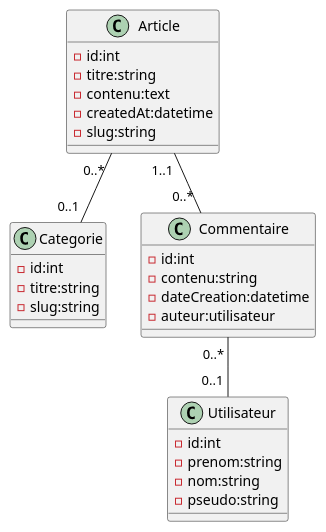
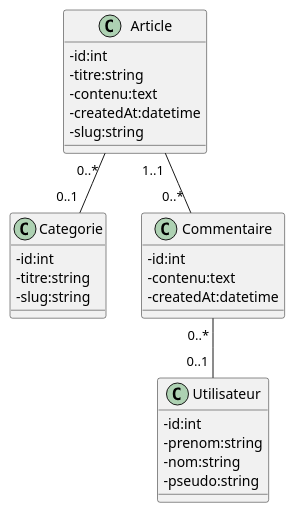
Before and after one commit to RomainFerr/projet-blog-symfony: the diagram in documentations/diagramme de classe.puml, drawn with PlantUML. The commit also changed 3 other files, not shown here.

```diff
--- a/documentations/diagramme de classe.puml
+++ b/documentations/diagramme de classe.puml
@@ -1,31 +1,31 @@
 @startuml
+skinparam classAttributeIconsize 0
 class Article{
 -id:int
 -titre:string
 -contenu:text
 -createdAt:datetime
 -slug:string
 }
 class Categorie{
 -id:int
 -titre:string
 -slug:string
 }
 class Commentaire{
 -id:int
--contenu:string
--dateCreation:datetime
--auteur:utilisateur
+-contenu:text
+-createdAt:datetime
 }
 class Utilisateur{
 -id:int
 -prenom:string
 -nom:string
 -pseudo:string
 }
 
 Commentaire"0..* "--"0..1 "Utilisateur
 Article"1..1 "--"0..* "Commentaire
 Article"0..* "--"0..1 "Categorie
 
 @enduml
```
